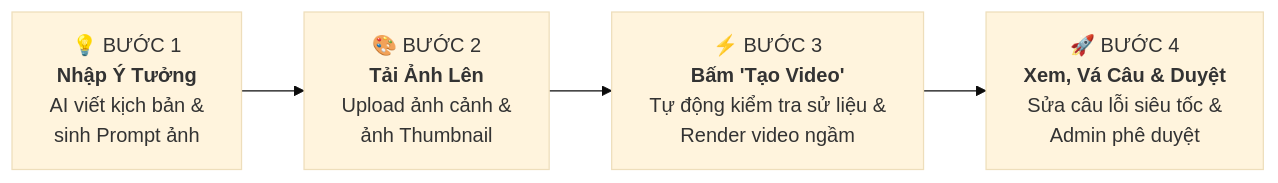
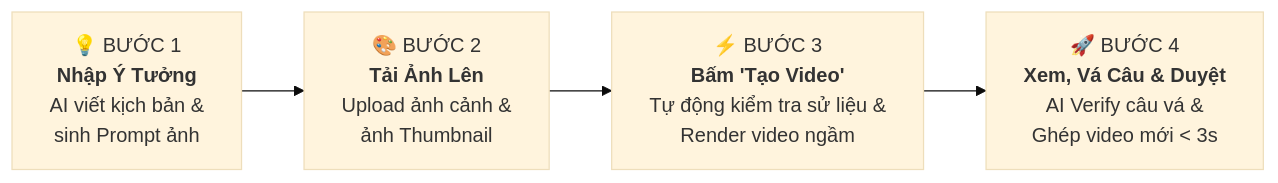
Before and after one commit to HaoHV2k5/history-podcast-app: the first of 2 diagrams in doc/CREATOR_VIDEO_CREATION_FLOW.md, drawn with Mermaid (base theme). The commit also changed other lines of this file and 1 other file, not shown here.

Commit message:
docs(creator): highlight mandatory AI ScopeGate verify on smart patch to prevent history bypass

````diff
--- a/doc/CREATOR_VIDEO_CREATION_FLOW.md
+++ b/doc/CREATOR_VIDEO_CREATION_FLOW.md
@@ -27,6 +27,6 @@
 ```mermaid
 graph LR
     A["💡 BƯỚC 1<br/><b>Nhập Ý Tưởng</b><br/>AI viết kịch bản &<br/>sinh Prompt ảnh"] --> B["🎨 BƯỚC 2<br/><b>Tải Ảnh Lên</b><br/>Upload ảnh cảnh &<br/>ảnh Thumbnail"]
     B --> C["⚡ BƯỚC 3<br/><b>Bấm 'Tạo Video'</b><br/>Tự động kiểm tra sử liệu &<br/>Render video ngầm"]
-    C --> D["🚀 BƯỚC 4<br/><b>Xem, Vá Câu & Duyệt</b><br/>Sửa câu lỗi siêu tốc &<br/>Admin phê duyệt"]
+    C --> D["🚀 BƯỚC 4<br/><b>Xem, Vá Câu & Duyệt</b><br/>AI Verify câu vá &<br/>Ghép video mới < 3s"]
 ```
````
